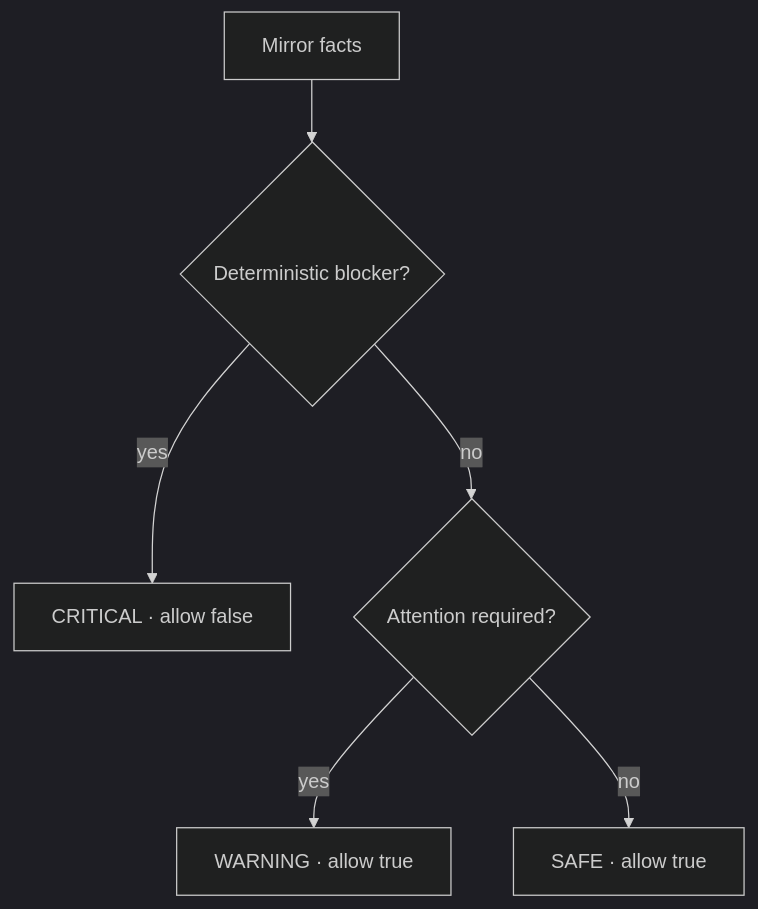
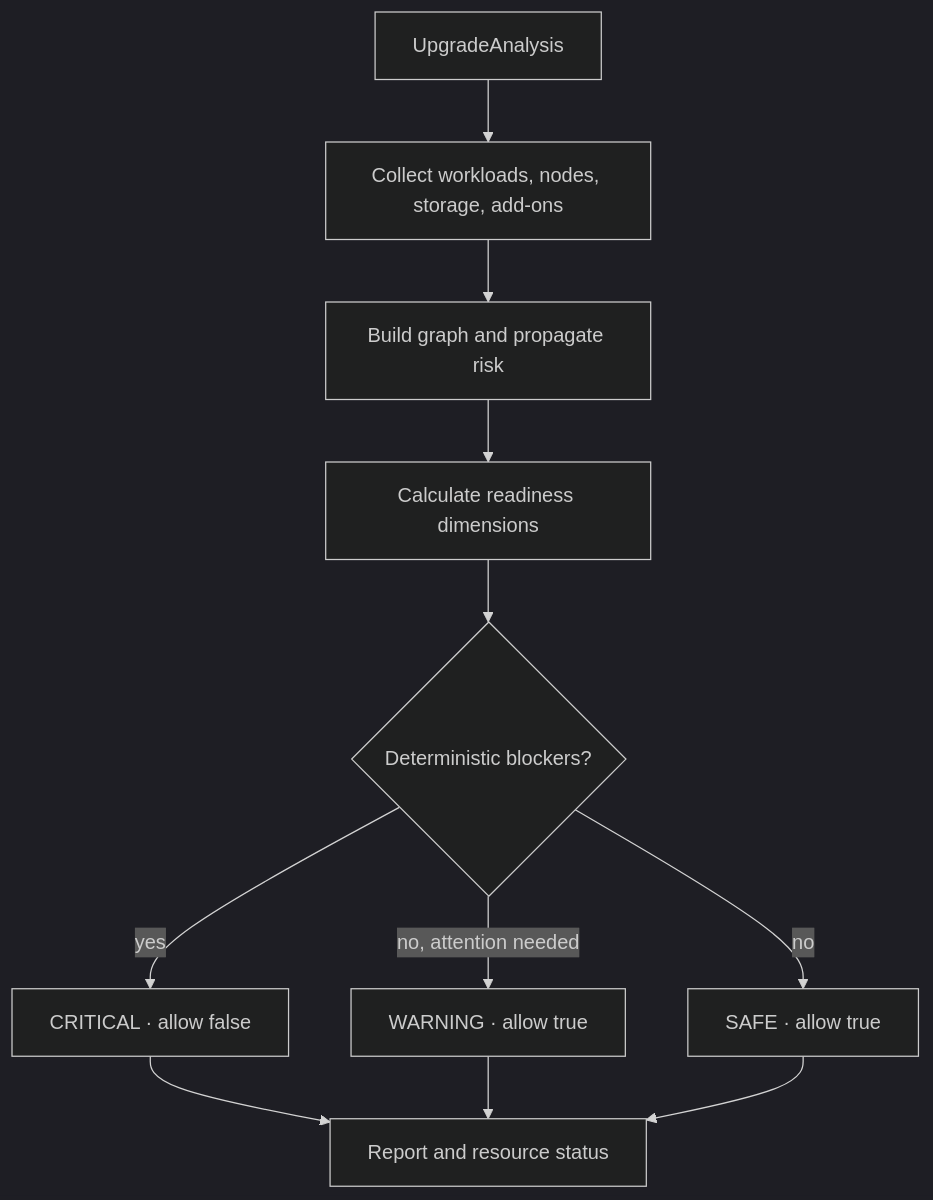
One commit to miropshq/mirops changed the second of 2 diagrams in README.md. Above: the diagram before and after it, drawn with Mermaid (dark theme). The commit also changed other lines of this file, not shown here.

````diff
--- a/README.md
+++ b/README.md
@@ -40,8 +25,13 @@
 ```mermaid
 flowchart TD
-  A[Mirror facts] --> B{Deterministic blocker?}
-  B -->|yes| C[CRITICAL · allow false]
-  B -->|no| D{Attention required?}
-  D -->|yes| E[WARNING · allow true]
-  D -->|no| F[SAFE · allow true]
+  U[UpgradeAnalysis] --> C[Collect workloads, nodes, storage, add-ons]
+  C --> G[Build graph and propagate risk]
+  G --> S[Calculate readiness dimensions]
+  S --> D{Deterministic blockers?}
+  D -->|yes| X[CRITICAL · allow false]
+  D -->|no, attention needed| W[WARNING · allow true]
+  D -->|no| OK[SAFE · allow true]
+  X --> R[Report and resource status]
+  W --> R
+  OK --> R
 ```
````
